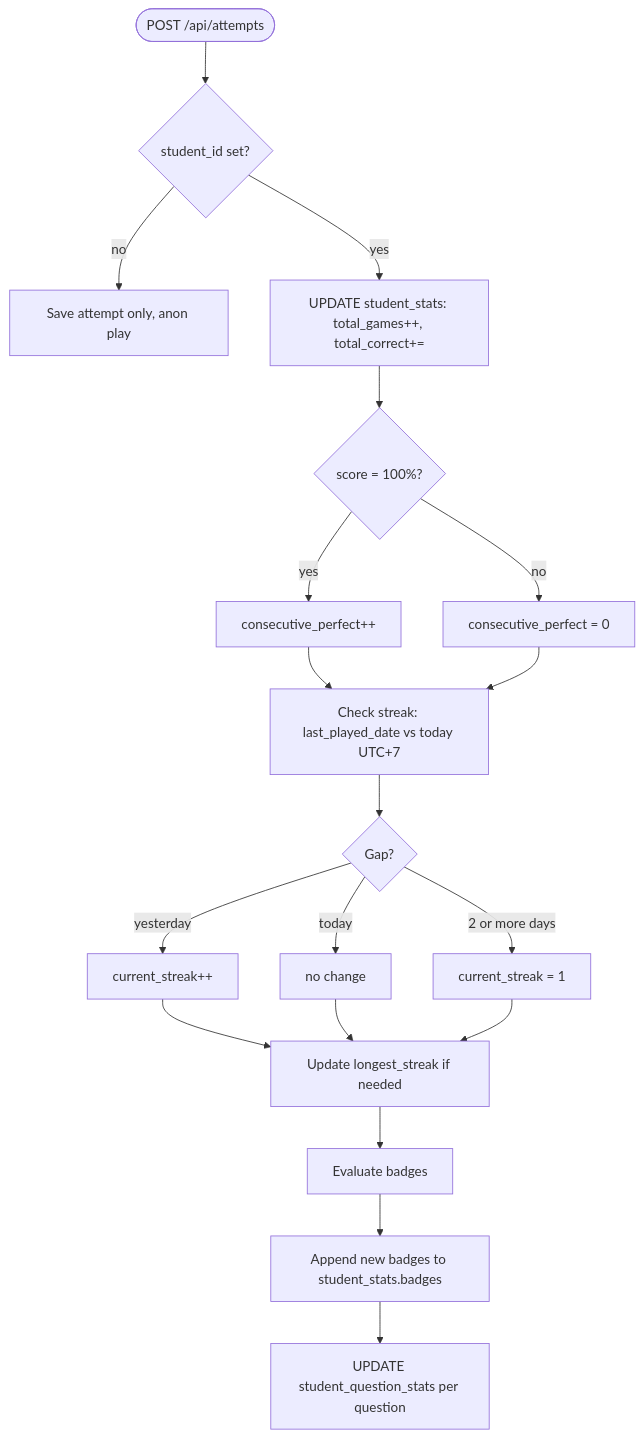
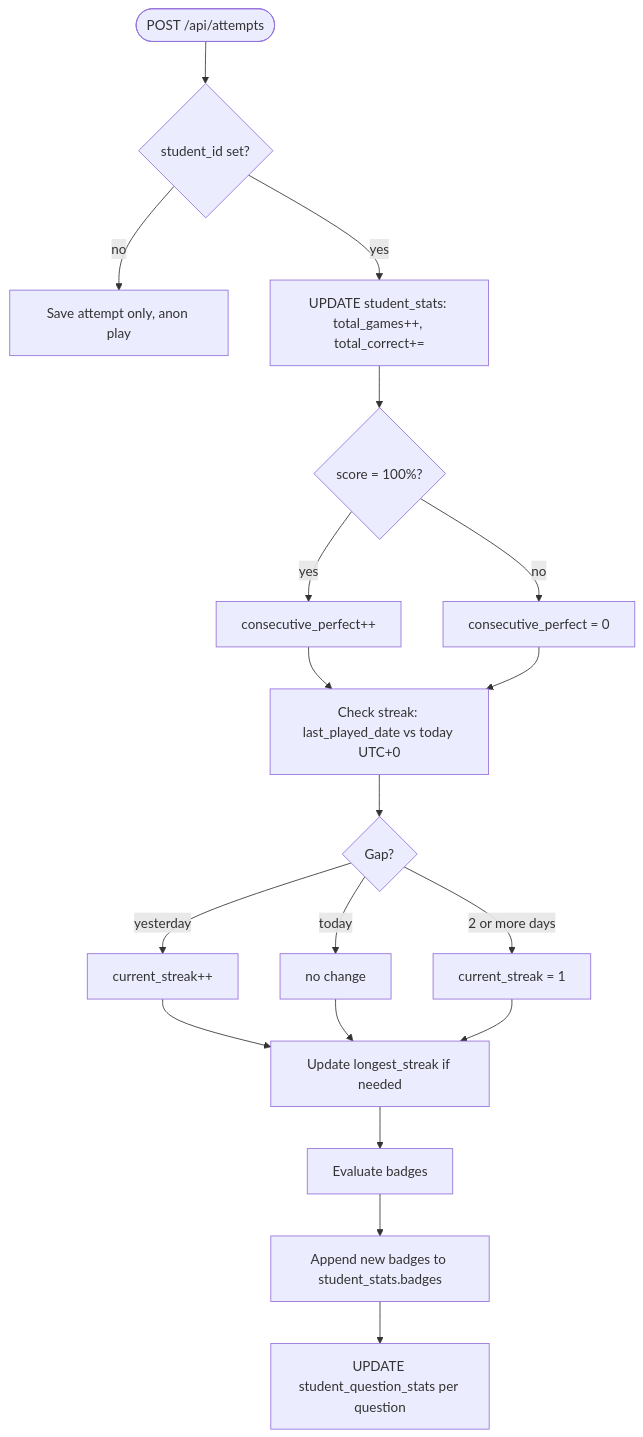
Before and after one commit to linhhd1kt/fce-quizz: the eighth of 9 diagrams in docs/specs.md, drawn with Mermaid. The commit also changed other lines of this file, not shown here.

````diff
--- a/docs/specs.md
+++ b/docs/specs.md
@@ -562,21 +562,21 @@
 ```mermaid
 flowchart TD
     A(["POST /api/attempts"]) --> B{student_id set?}
     B -- no --> C["Save attempt only, anon play"]
     B -- yes --> D["UPDATE student_stats: total_games++, total_correct+="]
     D --> E{score = 100%?}
     E -- yes --> F["consecutive_perfect++"]
     E -- no --> G["consecutive_perfect = 0"]
-    F --> H["Check streak: last_played_date vs today UTC+7"]
+    F --> H["Check streak: last_played_date vs today UTC+0"]
     G --> H
     H --> I{Gap?}
     I -- yesterday --> J["current_streak++"]
     I -- today --> K["no change"]
     I -- "2 or more days" --> L["current_streak = 1"]
     J --> M["Update longest_streak if needed"]
     K --> M
     L --> M
     M --> N["Evaluate badges"]
     N --> O["Append new badges to student_stats.badges"]
     O --> P["UPDATE student_question_stats per question"]
 ```
````
